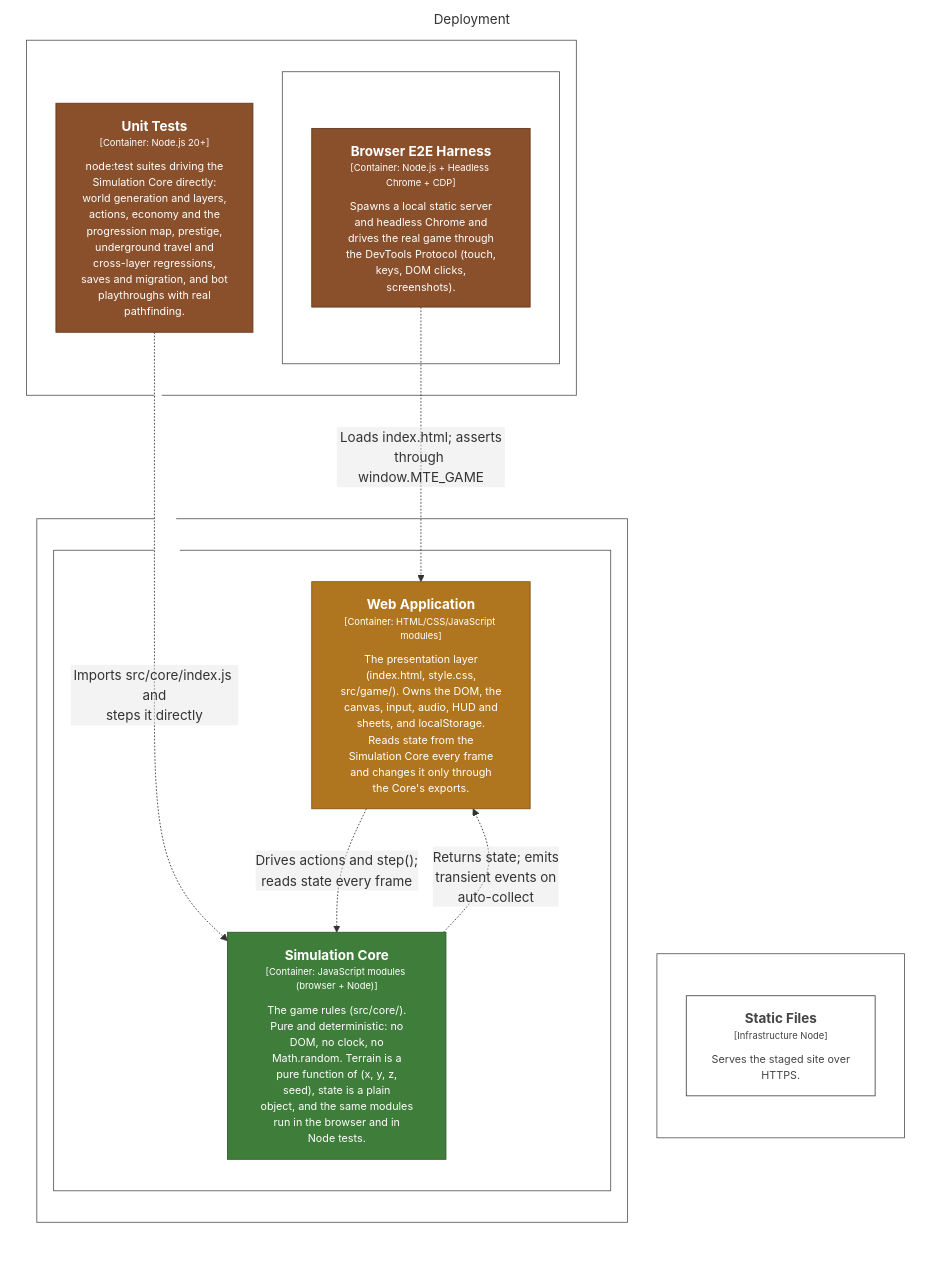
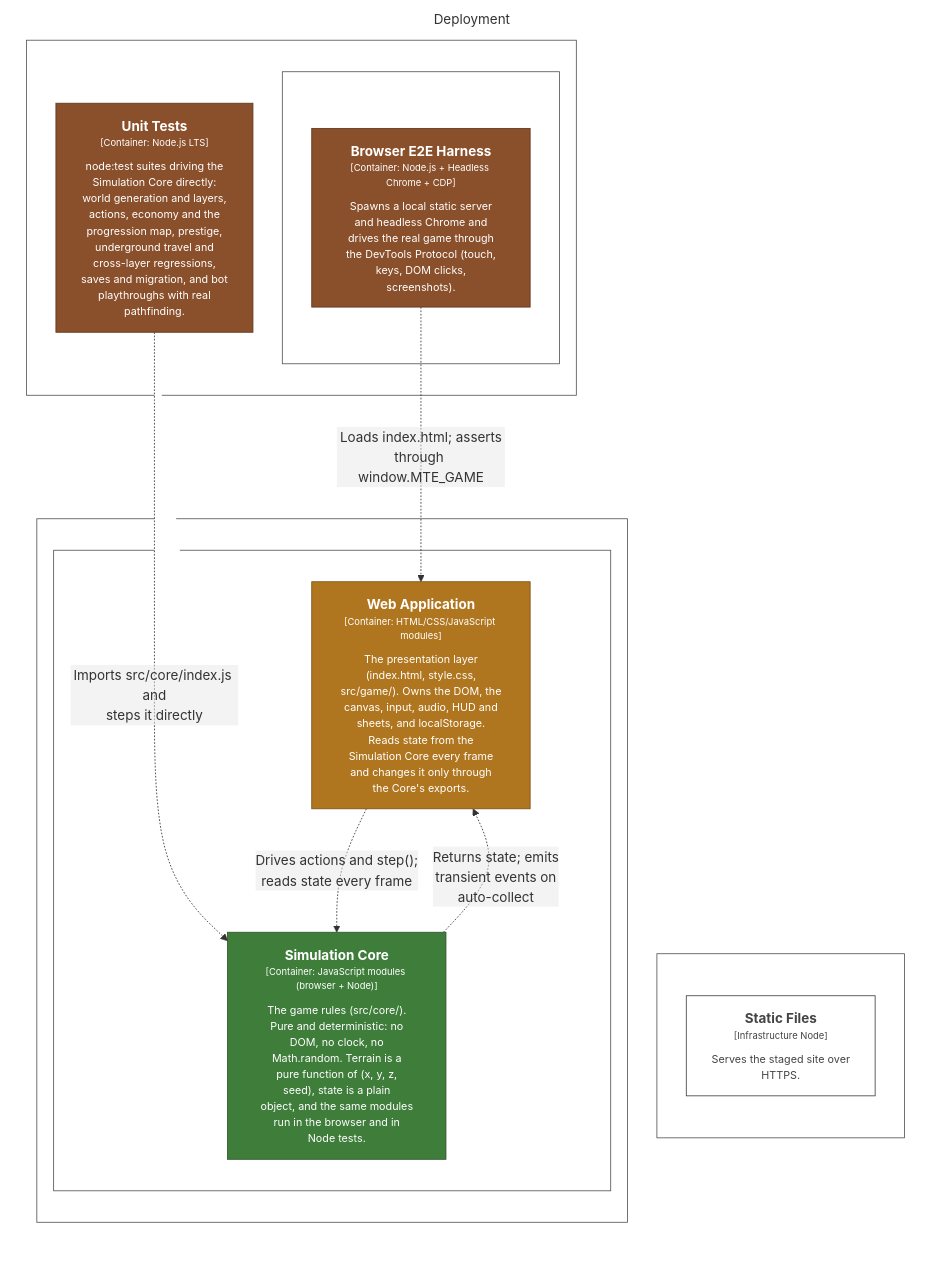
Before and after one commit to bitkojine/more-than-enough: the diagram in structurizr/diagrams/Deployment.mmd, drawn with Mermaid. The commit also changed 6 other files, not shown here.

First line of the commit message:
chore: use the latest Node LTS everywhere via .nvmrc

```diff
--- a/structurizr/diagrams/Deployment.mmd
+++ b/structurizr/diagrams/Deployment.mmd
@@ -1,48 +1,48 @@
 %% Generated from structurizr/workspace.dsl — do not edit; run: node structurizr/scripts/structurizr.mjs mermaid
 graph LR
   linkStyle default fill:#ffffff
 
   subgraph diagram ["Deployment"]
     style diagram fill:#ffffff,stroke:#ffffff
 
     subgraph 66 ["Browser"]
       style 66 fill:#ffffff,stroke:#575757,color:#ffffff
 
       subgraph 67 ["Browser tab"]
         style 67 fill:#ffffff,stroke:#575757,color:#ffffff
 
         68["<div style='font-weight: bold'>Web Application</div><div style='font-size: 70%; margin-top: 0px'>[Container: HTML/CSS/JavaScript modules]</div><div style='font-size: 80%; margin-top:10px'>The presentation layer<br />(index.html, style.css,<br />src/game/). Owns the DOM, the<br />canvas, input, audio, HUD and<br />sheets, and localStorage.<br />Reads state from the<br />Simulation Core every frame<br />and changes it only through<br />the Core's exports.</div>"]
         style 68 fill:#b0761f,stroke:#7b5215,color:#ffffff
         69["<div style='font-weight: bold'>Simulation Core</div><div style='font-size: 70%; margin-top: 0px'>[Container: JavaScript modules (browser + Node)]</div><div style='font-size: 80%; margin-top:10px'>The game rules (src/core/).<br />Pure and deterministic: no<br />DOM, no clock, no<br />Math.random. Terrain is a<br />pure function of (x, y, z,<br />seed), state is a plain<br />object, and the same modules<br />run in the browser and in<br />Node tests.</div>"]
         style 69 fill:#3f7d3a,stroke:#2c5728,color:#ffffff
       end
 
     end
 
     subgraph 72 ["GitHub Pages"]
       style 72 fill:#ffffff,stroke:#575757,color:#ffffff
 
       73["<div style='font-weight: bold'>Static Files</div><div style='font-size: 70%; margin-top: 0px'>[Infrastructure Node]</div><div style='font-size: 80%; margin-top:10px'>Serves the staged site over<br />HTTPS.</div>"]
       style 73 fill:#ffffff,stroke:#444444,color:#444444
     end
 
-    subgraph 74 ["Node.js 20+"]
+    subgraph 74 ["Node.js LTS"]
       style 74 fill:#ffffff,stroke:#575757,color:#ffffff
 
-      75["<div style='font-weight: bold'>Unit Tests</div><div style='font-size: 70%; margin-top: 0px'>[Container: Node.js 20+]</div><div style='font-size: 80%; margin-top:10px'>node:test suites driving the<br />Simulation Core directly:<br />world generation and layers,<br />actions, economy and the<br />progression map, prestige,<br />underground travel and<br />cross-layer regressions,<br />saves and migration, and bot<br />playthroughs with real<br />pathfinding.</div>"]
+      75["<div style='font-weight: bold'>Unit Tests</div><div style='font-size: 70%; margin-top: 0px'>[Container: Node.js LTS]</div><div style='font-size: 80%; margin-top:10px'>node:test suites driving the<br />Simulation Core directly:<br />world generation and layers,<br />actions, economy and the<br />progression map, prestige,<br />underground travel and<br />cross-layer regressions,<br />saves and migration, and bot<br />playthroughs with real<br />pathfinding.</div>"]
       style 75 fill:#8a4f2b,stroke:#60371e,color:#ffffff
       subgraph 77 ["Headless Chrome"]
         style 77 fill:#ffffff,stroke:#575757,color:#ffffff
 
         78["<div style='font-weight: bold'>Browser E2E Harness</div><div style='font-size: 70%; margin-top: 0px'>[Container: Node.js + Headless Chrome + CDP]</div><div style='font-size: 80%; margin-top:10px'>Spawns a local static server<br />and headless Chrome and<br />drives the real game through<br />the DevTools Protocol (touch,<br />keys, DOM clicks,<br />screenshots).</div>"]
         style 78 fill:#8a4f2b,stroke:#60371e,color:#ffffff
       end
 
     end
 
     69-. "<div>Returns state; emits<br />transient events on<br />auto-collect</div><div style='font-size: 70%'></div>" .->68
     68-. "<div>Drives actions and step();<br />reads state every frame</div><div style='font-size: 70%'></div>" .->69
     75-. "<div>Imports src/core/index.js and<br />steps it directly</div><div style='font-size: 70%'></div>" .->69
     78-. "<div>Loads index.html; asserts<br />through window.MTE_GAME</div><div style='font-size: 70%'></div>" .->68
 
   end
```
